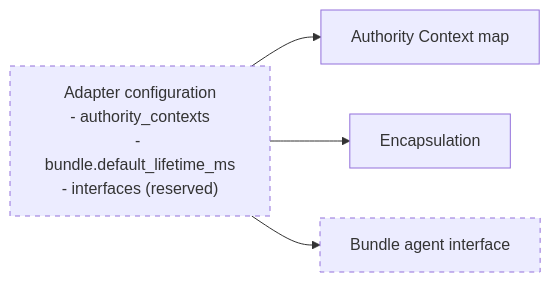
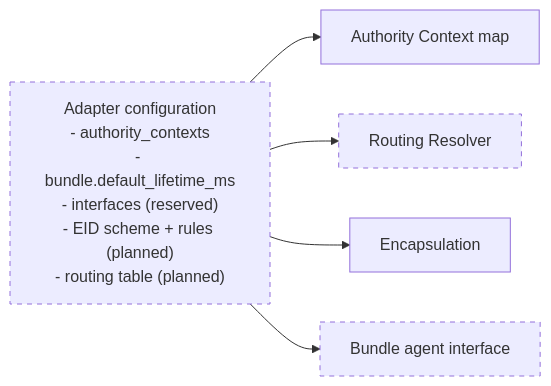
One commit to Pale-Blue-Systems/PBS-EDGE-ADAPTER-MV changed the seventh of 8 diagrams in DOCS/PBS-EDGE-ARCHITECTURE.md. Above: the diagram before and after it, drawn with Mermaid. The commit also changed other lines of this file and 8 other files, not shown here.

````diff
--- a/DOCS/PBS-EDGE-ARCHITECTURE.md
+++ b/DOCS/PBS-EDGE-ARCHITECTURE.md
@@ -152,14 +221,16 @@
 ```mermaid
 flowchart LR
-  CONF["Adapter configuration<br/>- authority_contexts<br/>- bundle.default_lifetime_ms<br/>- interfaces (reserved)"]
+  CONF["Adapter configuration<br/>- authority_contexts<br/>- bundle.default_lifetime_ms<br/>- interfaces (reserved)<br/>- EID scheme + rules (planned)<br/>- routing table (planned)"]
   AC["Authority Context map"]
+  RT["Routing Resolver"]
   ENC["Encapsulation"]
   IO["Bundle agent interface"]
 
   CONF --> AC
+  CONF --> RT
   CONF --> ENC
   CONF --> IO
 
   classDef planned stroke-dasharray: 5 5
-  class CONF,IO planned
+  class CONF,RT,IO planned
 ```
````
